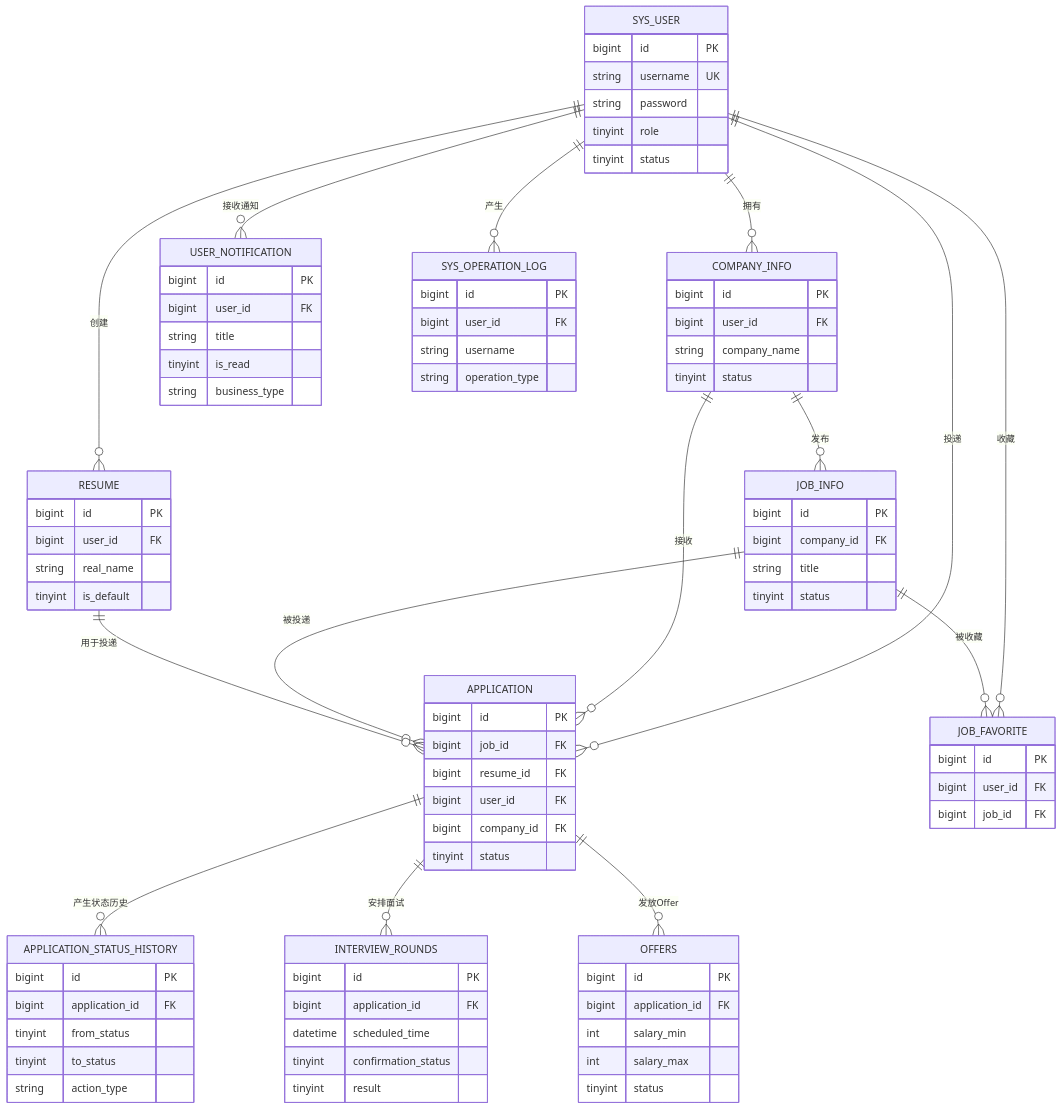
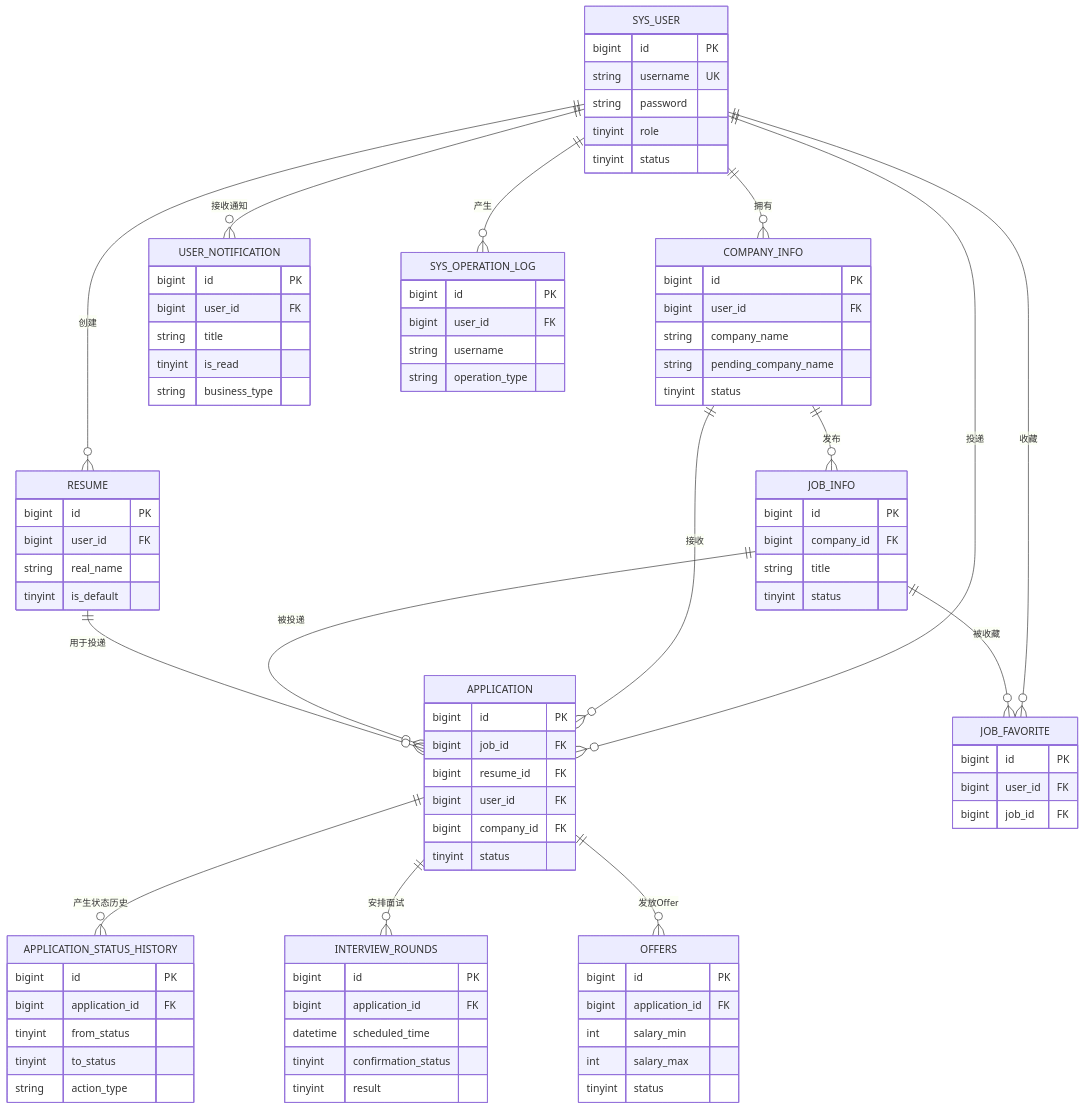
Before and after one commit to nzj2004/bylw: the second of 25 diagrams in md文件夹/流程图.md, drawn with Mermaid. The commit also changed other lines of this file and 2 other files, not shown here.

Commit message:
docs: update company re-audit workflow

```diff
--- a/md文件夹/流程图.md
+++ b/md文件夹/流程图.md
@@ -416,6 +416,7 @@
         bigint id PK
         bigint user_id FK
         string company_name
+        string pending_company_name
         tinyint status
     }
     
```
